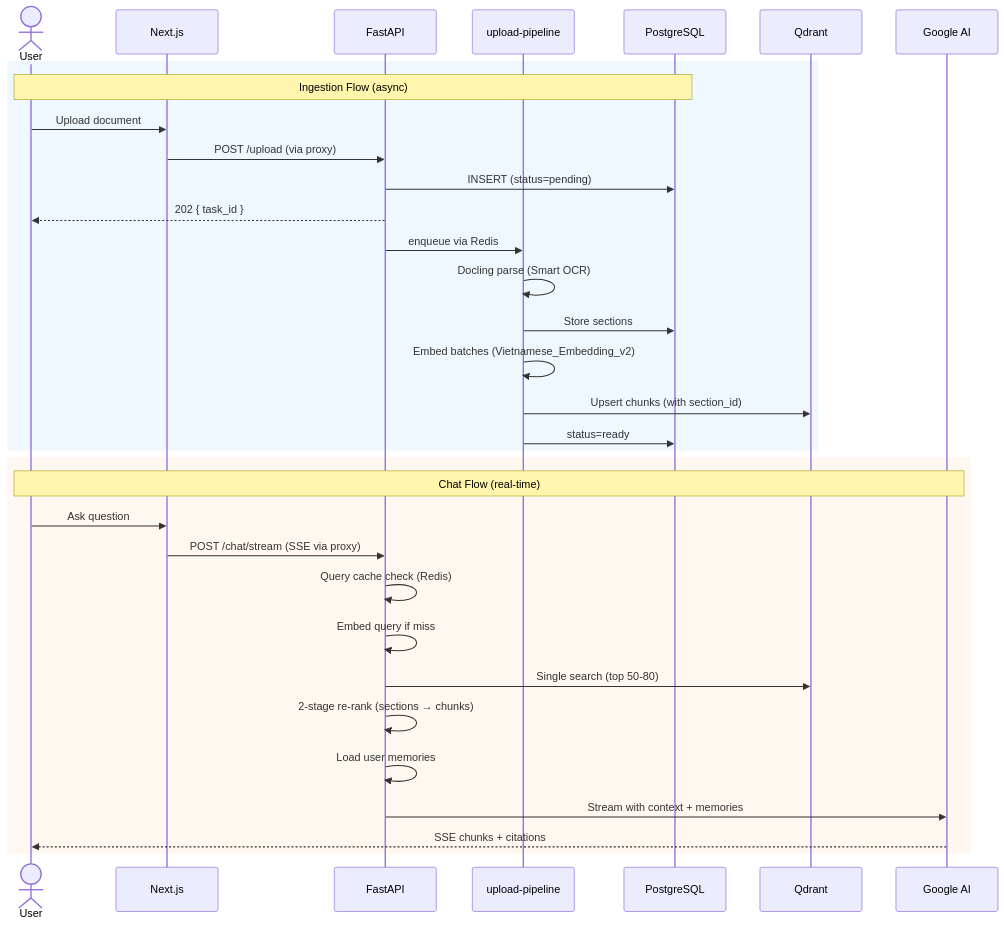
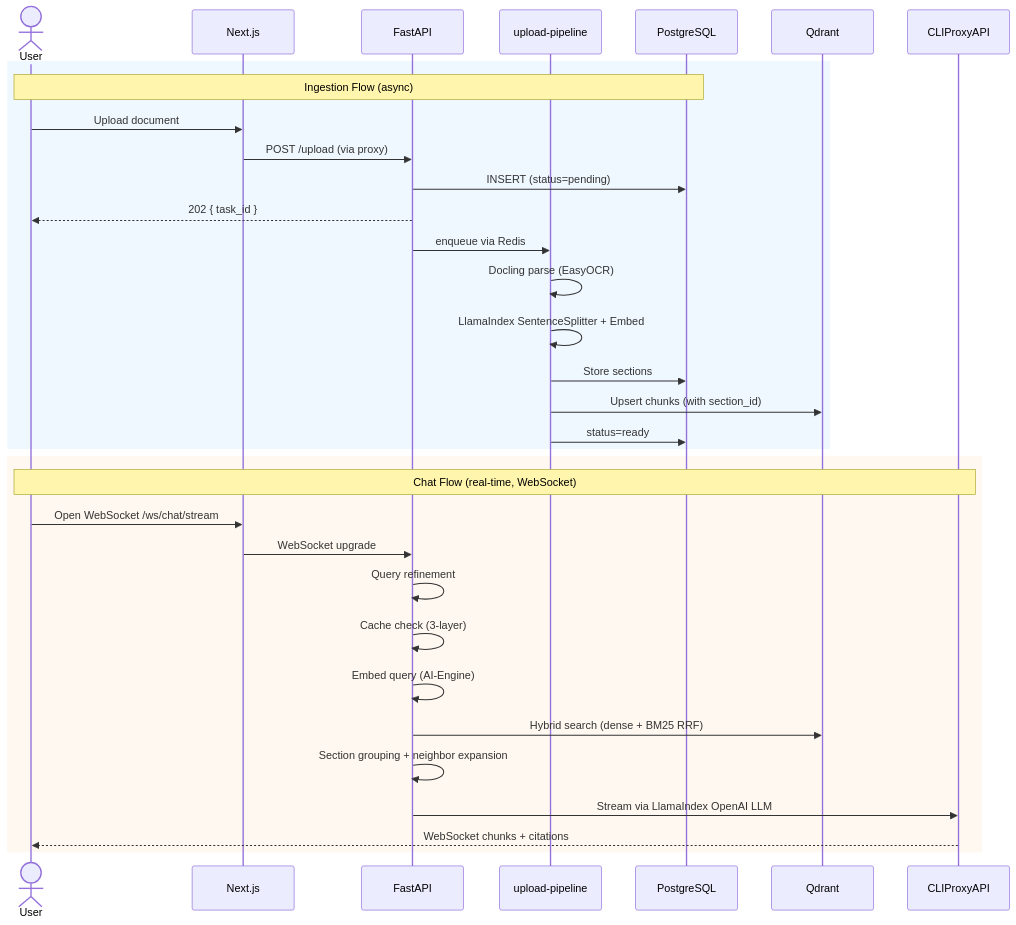
Before and after one commit to qtuanph/chatbot-rag: the second of 5 diagrams in README.md, drawn with Mermaid. The commit also changed other lines of this file and 69 other files, not shown here.

Commit message:
feat: initialize chatbot RAG architecture with backend modules, websocket streaming, and Next.js admin dashboard

````diff
--- a/README.md
+++ b/README.md
@@ -154,37 +162,37 @@
 ```mermaid
 sequenceDiagram
     actor User
     participant Web as Next.js
     participant API as FastAPI
     participant Worker as upload-pipeline
     participant DB as PostgreSQL
     participant Q as Qdrant
-    participant AI as Google AI
+    participant Proxy as CLIProxyAPI
 
     rect rgb(240, 248, 255)
         Note over User,DB: Ingestion Flow (async)
         User->>Web: Upload document
         Web->>API: POST /upload (via proxy)
         API->>DB: INSERT (status=pending)
         API-->>User: 202 { task_id }
         API->>Worker: enqueue via Redis
-        Worker->>Worker: Docling parse (Smart OCR)
+        Worker->>Worker: Docling parse (EasyOCR)
+        Worker->>Worker: LlamaIndex SentenceSplitter + Embed
         Worker->>DB: Store sections
-        Worker->>Worker: Embed batches (Vietnamese_Embedding_v2)
         Worker->>Q: Upsert chunks (with section_id)
         Worker->>DB: status=ready
     end
 
     rect rgb(255, 248, 240)
-        Note over User,AI: Chat Flow (real-time)
-        User->>Web: Ask question
-        Web->>API: POST /chat/stream (SSE via proxy)
-        API->>API: Query cache check (Redis)
-        API->>API: Embed query if miss
-        API->>Q: Single search (top 50-80)
-        API->>API: 2-stage re-rank (sections → chunks)
-        API->>API: Load user memories
-        API->>AI: Stream with context + memories
-        AI-->>User: SSE chunks + citations
+        Note over User,Proxy: Chat Flow (real-time, WebSocket)
+        User->>Web: Open WebSocket /ws/chat/stream
+        Web->>API: WebSocket upgrade
+        API->>API: Query refinement
+        API->>API: Cache check (3-layer)
+        API->>API: Embed query (AI-Engine)
+        API->>Q: Hybrid search (dense + BM25 RRF)
+        API->>API: Section grouping + neighbor expansion
+        API->>Proxy: Stream via LlamaIndex OpenAI LLM
+        Proxy-->>User: WebSocket chunks + citations
     end
 ```
````
